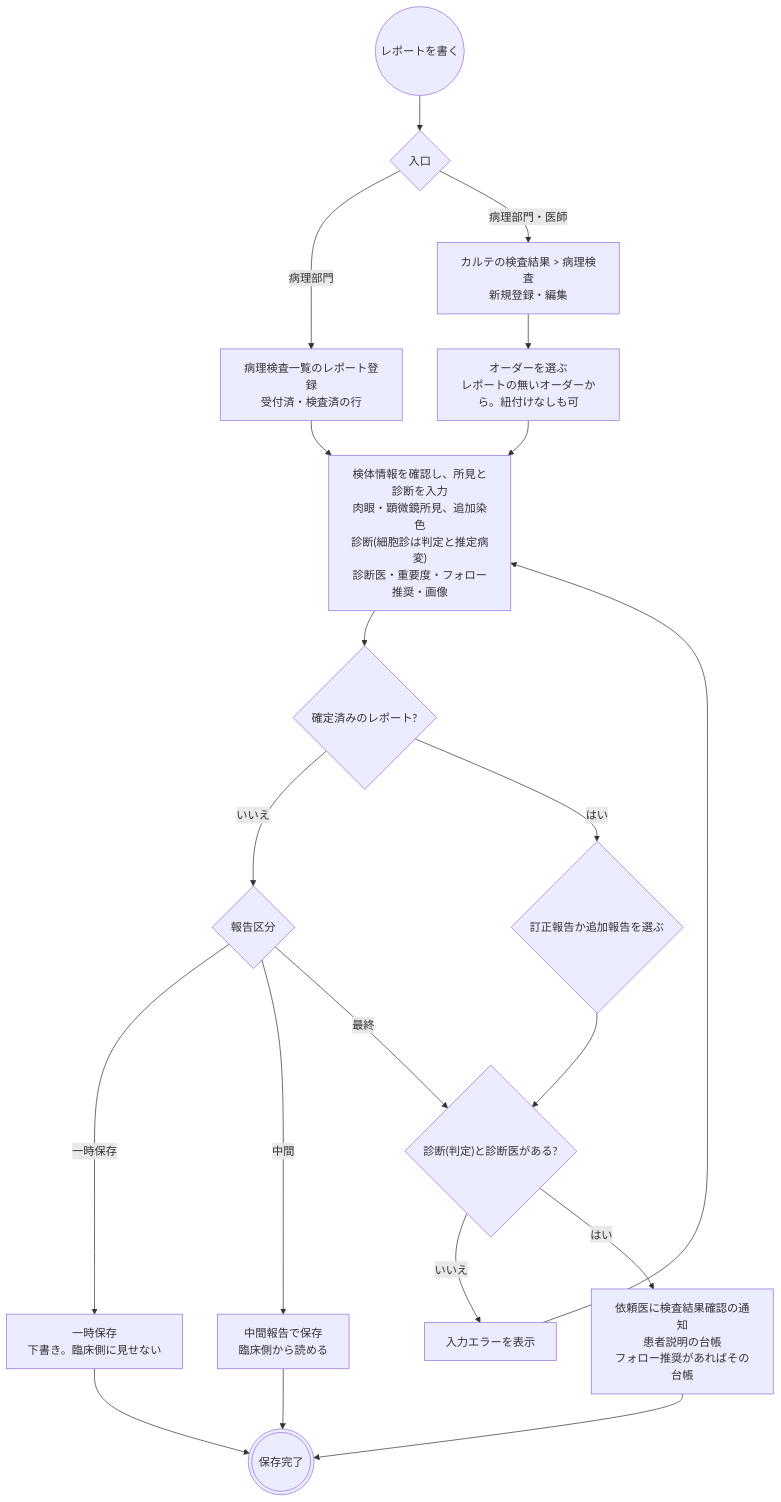
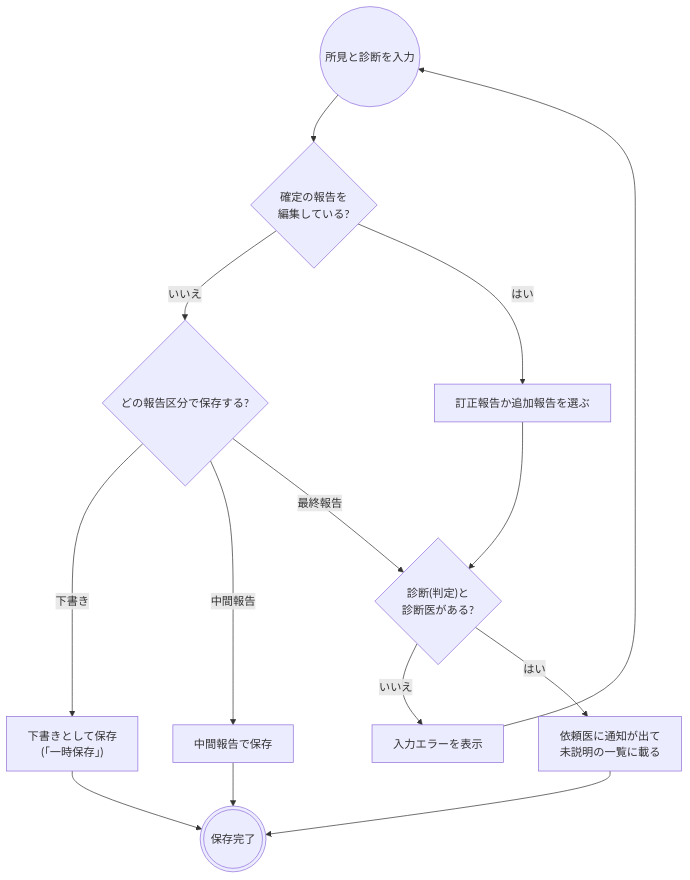
One commit to ysnr-dev/fhir-client changed the sixth of 20 diagrams in docs/order-flows/patho.md. Above: the diagram before and after it, drawn with Mermaid. The commit also changed other lines of this file and 7 other files, not shown here.

````diff
--- a/docs/order-flows/patho.md
+++ b/docs/order-flows/patho.md
@@ -215,30 +291,22 @@
 ```mermaid
 flowchart TD
-  open(("レポートを書く"))
-  where{"入口"}
-  worklist["病理検査一覧のレポート登録<br/>受付済・検査済の行"]
-  karte["カルテの検査結果 > 病理検査<br/>新規登録・編集"]
-  link["オーダーを選ぶ<br/>レポートの無いオーダーから。紐付けなしも可"]
-  fill["検体情報を確認し、所見と診断を入力<br/>肉眼・顕微鏡所見、追加染色<br/>診断(細胞診は判定と推定病変)<br/>診断医・重要度・フォロー推奨・画像"]
-  confirmed{"確定済みのレポート?"}
-  status{"報告区分"}
-  revise{"訂正報告か追加報告を選ぶ"}
-  draft["一時保存<br/>下書き。臨床側に見せない"]
-  prelim["中間報告で保存<br/>臨床側から読める"]
-  need{"診断(判定)と診断医がある?"}
+  fill(("所見と診断を入力"))
+  confirmed{"確定の報告を<br/>編集している?"}
+  kind{"どの報告区分で保存する?"}
+  revise["訂正報告か追加報告を選ぶ"]
+  draft["下書きとして保存<br/>(「一時保存」)"]
+  prelim["中間報告で保存"]
+  need{"診断(判定)と<br/>診断医がある?"}
   error["入力エラーを表示"]
-  tasks["依頼医に検査結果確認の通知<br/>患者説明の台帳<br/>フォロー推奨があればその台帳"]
+  tasks["依頼医に通知が出て<br/>未説明の一覧に載る"]
   done((("保存完了")))
 
-  open --> where
-  where -- "病理部門" --> worklist --> fill
-  where -- "病理部門・医師" --> karte --> link --> fill
   fill --> confirmed
-  confirmed -- "いいえ" --> status
+  confirmed -- "いいえ" --> kind
   confirmed -- "はい" --> revise --> need
-  status -- "一時保存" --> draft --> done
-  status -- "中間" --> prelim --> done
-  status -- "最終" --> need
+  kind -- "下書き" --> draft --> done
+  kind -- "中間報告" --> prelim --> done
+  kind -- "最終報告" --> need
   need -- "いいえ" --> error --> fill
   need -- "はい" --> tasks --> done
 ```
````
